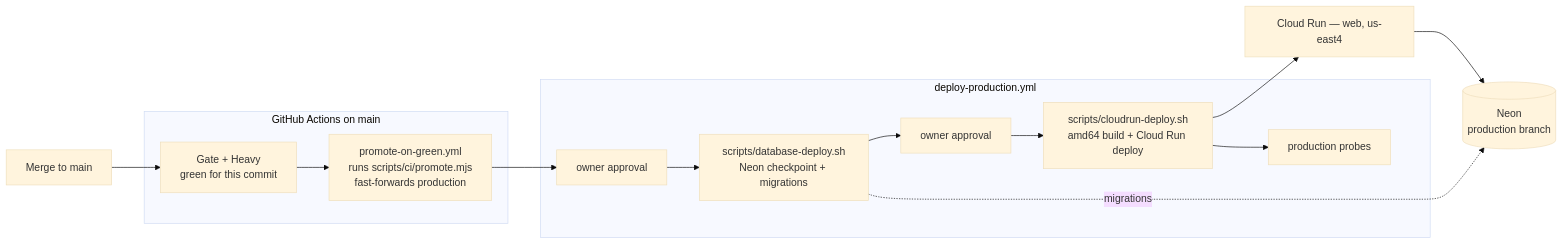
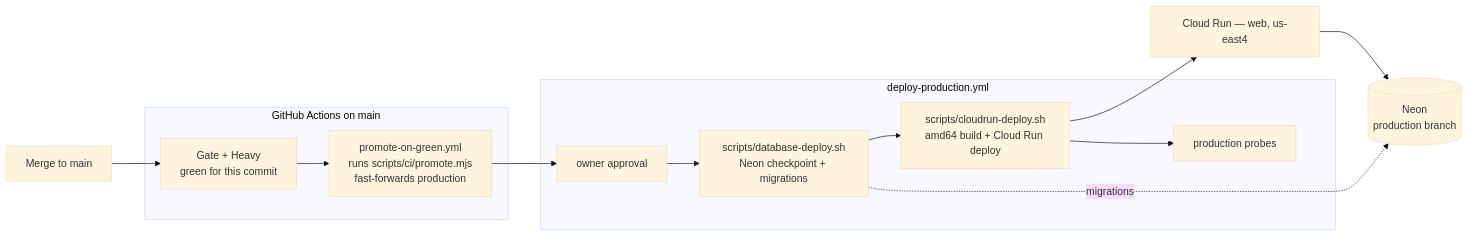
The second of 2 diagrams in README.md (jaystewartuk/spiralclass), drawn with Mermaid (base theme) before and after one commit. The commit also changed other lines of this file and 7 other files, not shown here.

````diff
--- a/README.md
+++ b/README.md
@@ -454,22 +454,21 @@
 ```mermaid
 graph LR
     MERGE["Merge to main"]
     subgraph runners["GitHub Actions on main"]
         G["Gate + Heavy<br/>green for this commit"]
         PROMOTE["promote-on-green.yml<br/>runs scripts/ci/promote.mjs<br/>fast-forwards production"]
     end
     subgraph deploy["deploy-production.yml"]
         A1["owner approval"]
         DB["scripts/database-deploy.sh<br/>Neon checkpoint + migrations"]
-        A2["owner approval"]
         BUILD["scripts/cloudrun-deploy.sh<br/>amd64 build + Cloud Run deploy"]
         PROBE["production probes"]
     end
     RUN["Cloud Run — web, us-east4"]
     NEON[("Neon<br/>production branch")]
 
-    MERGE --> G --> PROMOTE --> A1 --> DB --> A2 --> BUILD --> RUN
+    MERGE --> G --> PROMOTE --> A1 --> DB --> BUILD --> RUN
     BUILD --> PROBE
     DB -.migrations.-> NEON
     RUN --> NEON
 ```
````
